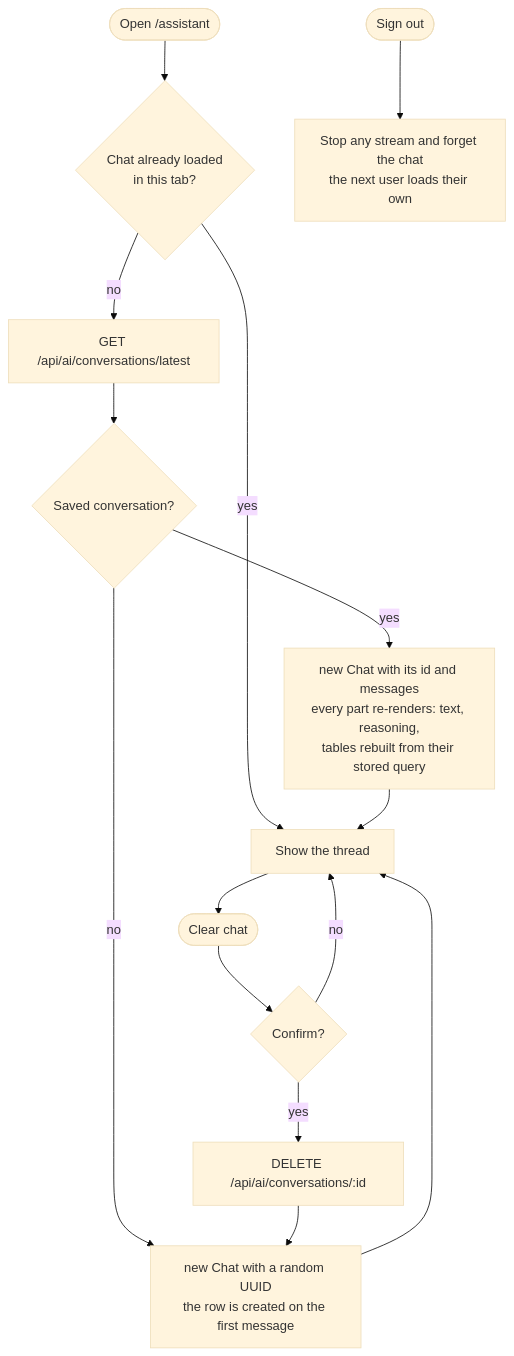
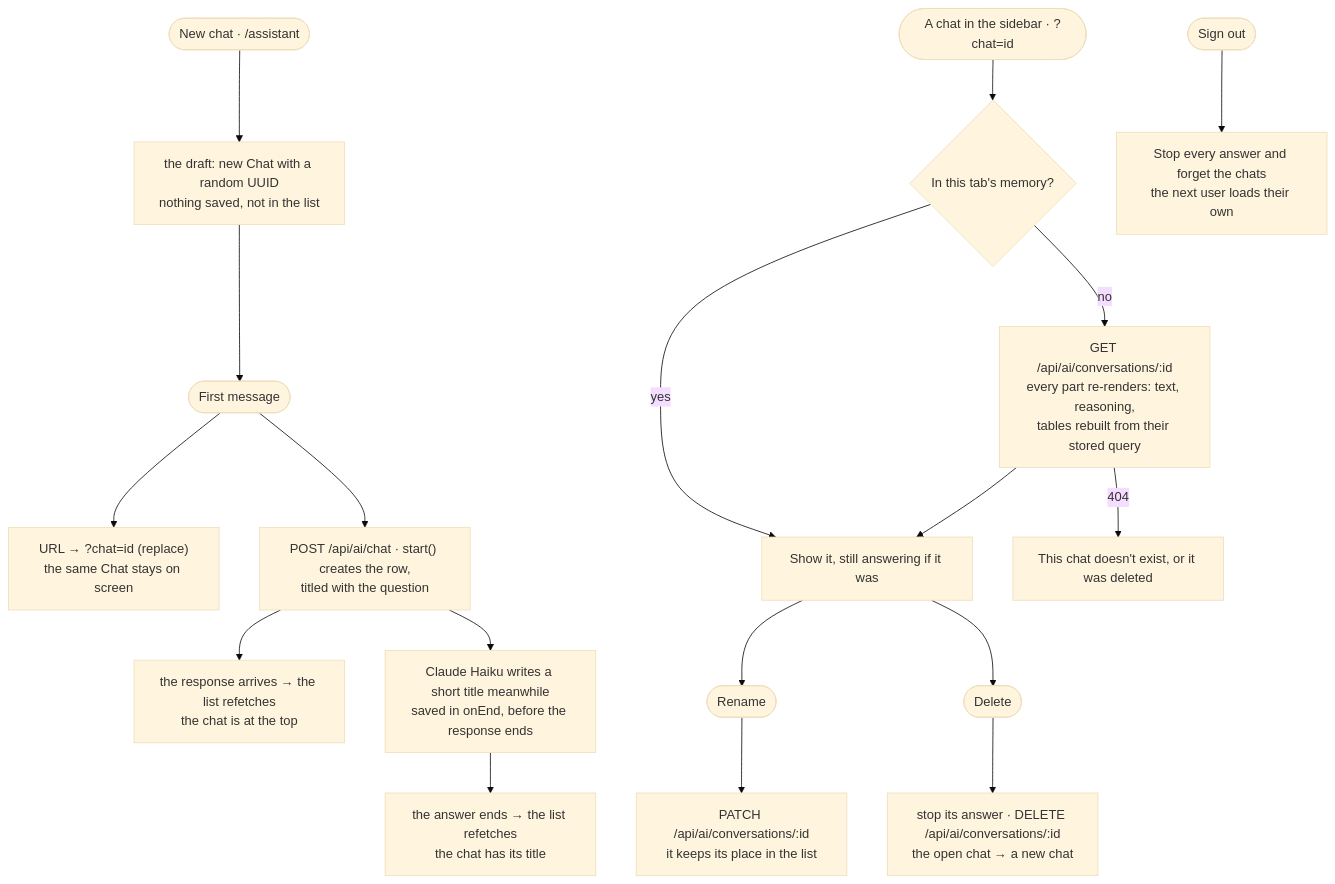
Before and after one commit to Slaven1996/gen_ui: the second of 5 diagrams in docs/ai-assistant-flow.md, drawn with Mermaid (base theme). The commit also changed other lines of this file and 35 other files, not shown here.

Commit message:
multiple chats for AI assistant

````diff
--- a/docs/ai-assistant-flow.md
+++ b/docs/ai-assistant-flow.md
@@ -187,17 +189,18 @@
 ```mermaid
 flowchart TD
-  OPEN(["Open /assistant"]) --> LOADED{"Chat already loaded<br/>in this tab?"}
-  LOADED -- yes --> SHOW["Show the thread"]
-  LOADED -- no --> GET["GET /api/ai/conversations/latest"]
-  GET --> HAS{"Saved conversation?"}
-  HAS -- yes --> RESTORE["new Chat with its id and messages<br/>every part re-renders: text, reasoning,<br/>tables rebuilt from their stored query"]
-  HAS -- no --> FRESH["new Chat with a random UUID<br/>the row is created on the first message"]
-  RESTORE --> SHOW
-  FRESH --> SHOW
-  SHOW --> CLEAR(["Clear chat"])
-  CLEAR --> CONFIRM{"Confirm?"}
-  CONFIRM -- yes --> DEL["DELETE /api/ai/conversations/:id"]
-  DEL --> FRESH
-  CONFIRM -- no --> SHOW
-  SIGNOUT(["Sign out"]) --> DROP["Stop any stream and forget the chat<br/>the next user loads their own"]
+  NEW(["New chat · /assistant"]) --> DRAFT["the draft: new Chat with a random UUID<br/>nothing saved, not in the list"]
+  DRAFT --> SEND(["First message"])
+  SEND --> URL["URL → ?chat=id (replace)<br/>the same Chat stays on screen"]
+  SEND --> ROW["POST /api/ai/chat · start() creates the row,<br/>titled with the question"]
+  ROW --> LIST1["the response arrives → the list refetches<br/>the chat is at the top"]
+  ROW --> TITLE["Claude Haiku writes a short title meanwhile<br/>saved in onEnd, before the response ends"]
+  TITLE --> LIST2["the answer ends → the list refetches<br/>the chat has its title"]
+  PICK(["A chat in the sidebar · ?chat=id"]) --> MEM{"In this tab's memory?"}
+  MEM -- yes --> SHOW["Show it, still answering if it was"]
+  MEM -- no --> GET["GET /api/ai/conversations/:id<br/>every part re-renders: text, reasoning,<br/>tables rebuilt from their stored query"]
+  GET --> SHOW
+  GET -- 404 --> GONE["This chat doesn't exist, or it was deleted"]
+  SHOW --> REN(["Rename"]) --> PATCH["PATCH /api/ai/conversations/:id<br/>it keeps its place in the list"]
+  SHOW --> DEL(["Delete"]) --> STOP["stop its answer · DELETE /api/ai/conversations/:id<br/>the open chat → a new chat"]
+  SIGNOUT(["Sign out"]) --> DROP["Stop every answer and forget the chats<br/>the next user loads their own"]
 ```
````
